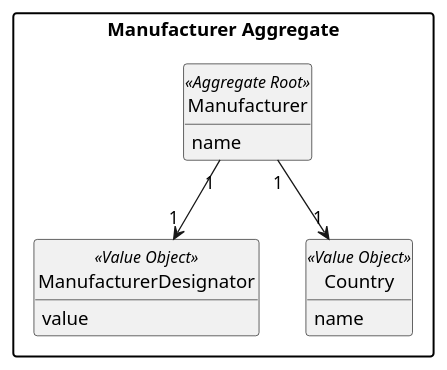
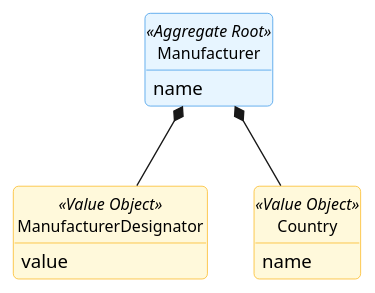
One commit to GustavoFerreira24/flight-management-platform changed the diagram in docs/global-artifacts/02.analysis/puml/Aggregates/ManufacturerAggregateDM.puml. Above: the diagram before and after it, drawn with PlantUML. The commit also changed 13 other files, not shown here.

Commit message:
US10(Code) - Refactor aggregate models to enhance visual representation and relationships in UML diagrams [#11][#12][#13][#14]

```diff
--- a/docs/global-artifacts/02.analysis/puml/Aggregates/ManufacturerAggregateDM.puml
+++ b/docs/global-artifacts/02.analysis/puml/Aggregates/ManufacturerAggregateDM.puml
@@ -1,31 +1,44 @@
 @startuml
-skinparam monochrome true
-skinparam packageStyle rectangle
-skinparam shadowing false
-skinparam classAttributeIconSize 0
+skinparam {
+    BackgroundColor white
+    RoundCorner 8
+    Shadowing false
+    Handwritten false
+    ClassAttributeIconSize 0
+
+    ClassBackgroundColor white
+    ClassBorderColor #495057
+    ClassFontSize 12
+
+    ClassBackgroundColor<<Aggregate Root>> #E7F5FF
+    ClassBorderColor<<Aggregate Root>> #228BE6
+
+    ClassBackgroundColor<<Value Object>> #FFF9DB
+    ClassBorderColor<<Value Object>> #FAB005
+
+    ClassBackgroundColor<<Entity>> #F3F0FF
+    ClassBorderColor<<Entity>> #7950F2
+}
 hide circle
 hide methods
 
+class Manufacturer <<Aggregate Root>> {
+        name
+}
 
-package "Manufacturer Aggregate" {
+class ManufacturerDesignator <<Value Object>> {
+        value
+}
 
-    class Manufacturer <<Aggregate Root>> {
+class Country <<Value Object>> {
         name
-    }
+}
 
-    class ManufacturerDesignator <<Value Object>> {
-        value
-    }
-
-    class Country <<Value Object>> {
-        name
-    }
-
-    Manufacturer "1" --> "1" ManufacturerDesignator
-    Manufacturer "1" --> "1" Country
+Manufacturer *-- ManufacturerDesignator
+Manufacturer *-- Country
 }
 
 
 
 
 @enduml
```
